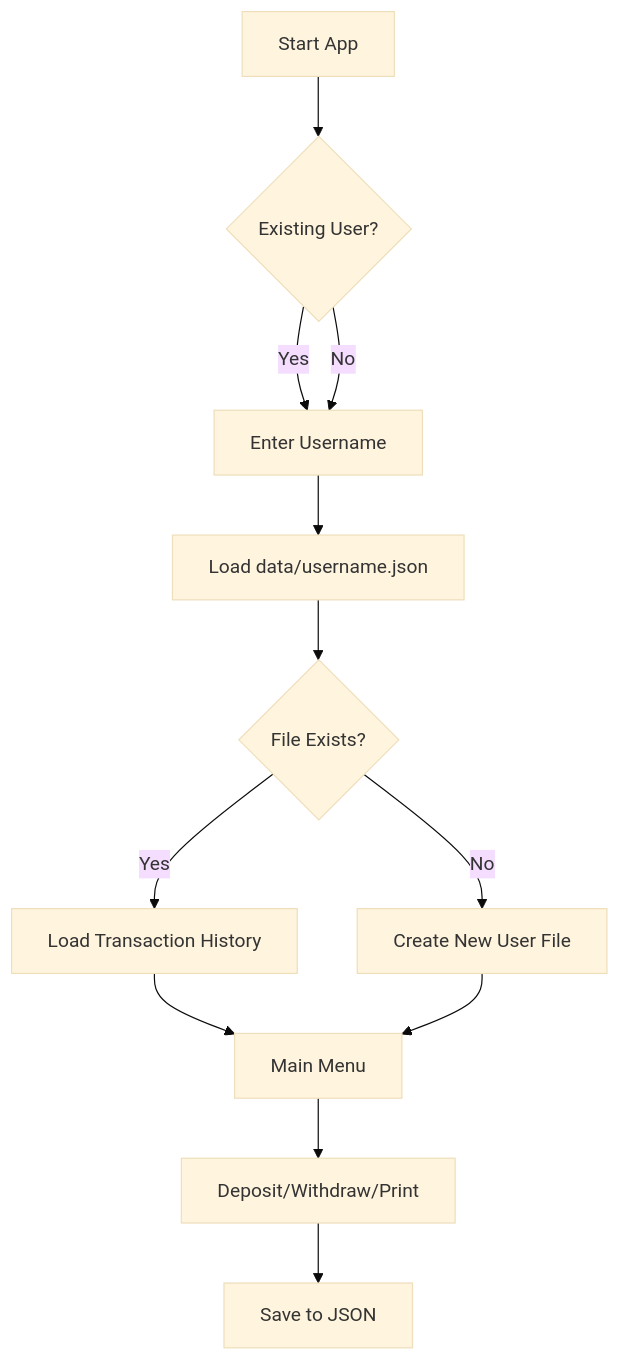
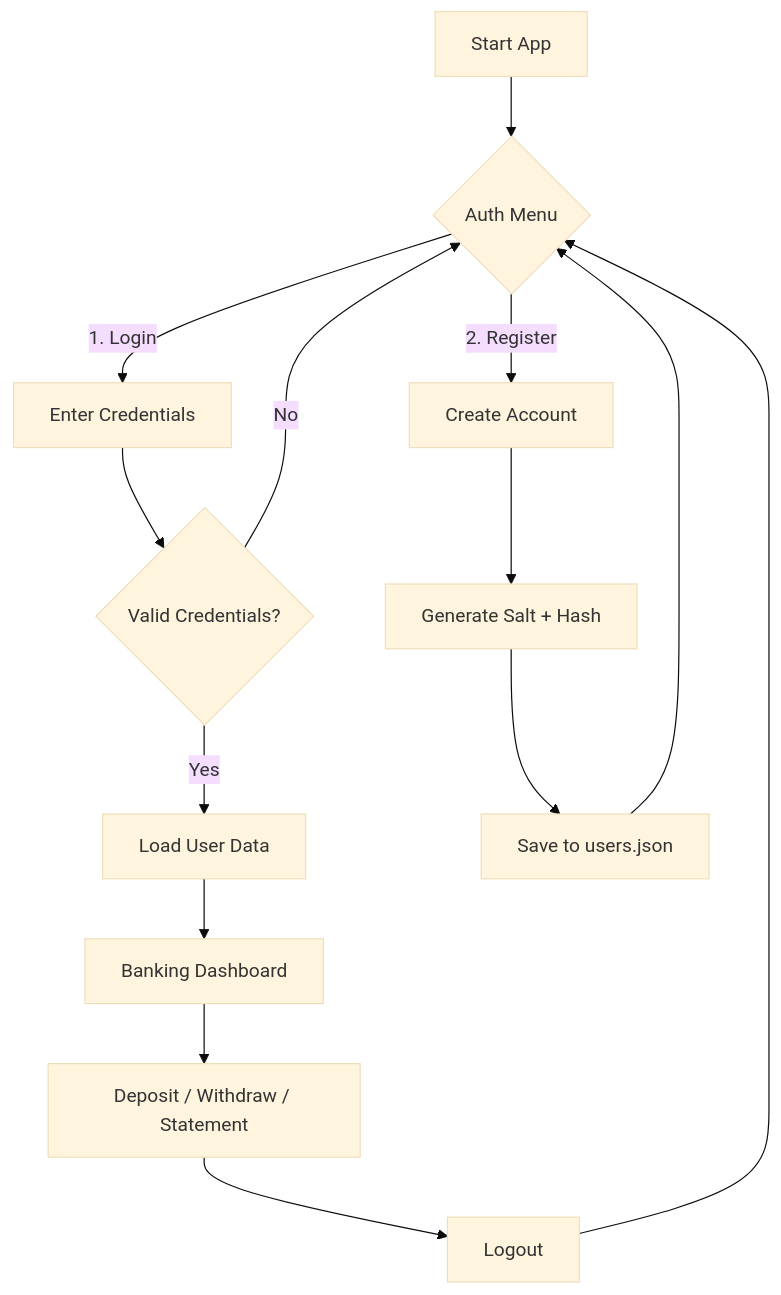
Before and after one commit to saikumarseepana/FinCore-Ledger-System: the diagram in README.md, drawn with Mermaid (base theme). The commit also changed other lines of this file, not shown here.

Commit message:
docs: updated architecture diagram and security features list

````diff
--- a/README.md
+++ b/README.md
@@ -22,14 +28,19 @@
 ```mermaid
 graph TD
-    A[Start App] --> B{Existing User?}
-    B -- Yes --> C[Enter Username]
-    B -- No --> C[Enter Username]
-    C --> D[Load data/username.json]
-    D --> E{File Exists?}
-    E -- Yes --> F[Load Transaction History]
-    E -- No --> G[Create New User File]
-    F --> H[Main Menu]
-    G --> H
-    H --> I[Deposit/Withdraw/Print]
-    I --> J[Save to JSON]
+    A[Start App] --> B{Auth Menu}
+    B -- 1. Login --> C[Enter Credentials]
+    B -- 2. Register --> D[Create Account]
+    
+    C --> E{Valid Credentials?}
+    E -- No --> B
+    E -- Yes --> F[Load User Data]
+    
+    D --> G[Generate Salt + Hash]
+    G --> H[Save to users.json]
+    H --> B
+    
+    F --> I[Banking Dashboard]
+    I --> J[Deposit / Withdraw / Statement]
+    J --> K[Logout]
+    K --> B
 ```
````
